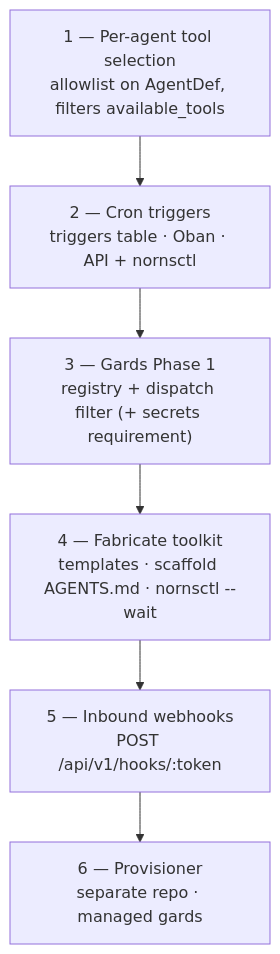
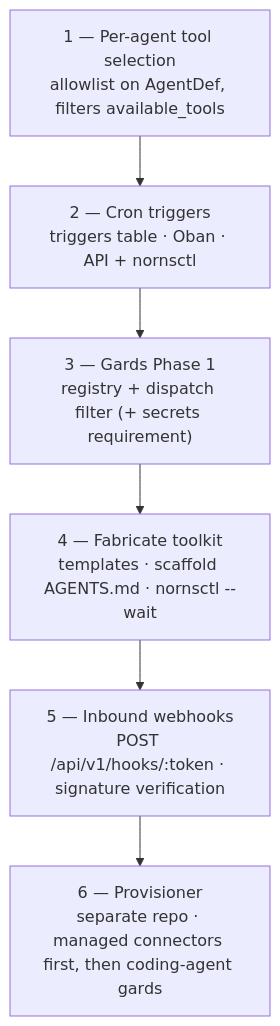
One commit to amackera/norns changed the diagram in docs/roadmap.md. Above: the diagram before and after it, drawn with Mermaid. The commit also changed other lines of this file and 4 other files, not shown here.

````diff
--- a/docs/roadmap.md
+++ b/docs/roadmap.md
@@ -44,10 +54,10 @@
 ```mermaid
 flowchart TB
     A["1 — Per-agent tool selection<br/>allowlist on AgentDef, filters available_tools"]
     B["2 — Cron triggers<br/>triggers table · Oban · API + nornsctl"]
     C["3 — Gards Phase 1<br/>registry + dispatch filter (+ secrets requirement)"]
     D["4 — Fabricate toolkit<br/>templates · scaffold AGENTS.md · nornsctl --wait"]
-    E["5 — Inbound webhooks<br/>POST /api/v1/hooks/:token"]
-    F["6 — Provisioner<br/>separate repo · managed gards"]
+    E["5 — Inbound webhooks<br/>POST /api/v1/hooks/:token · signature verification"]
+    F["6 — Provisioner<br/>separate repo · managed connectors first, then coding-agent gards"]
     A --> B --> C --> D --> E --> F
 ```
````
